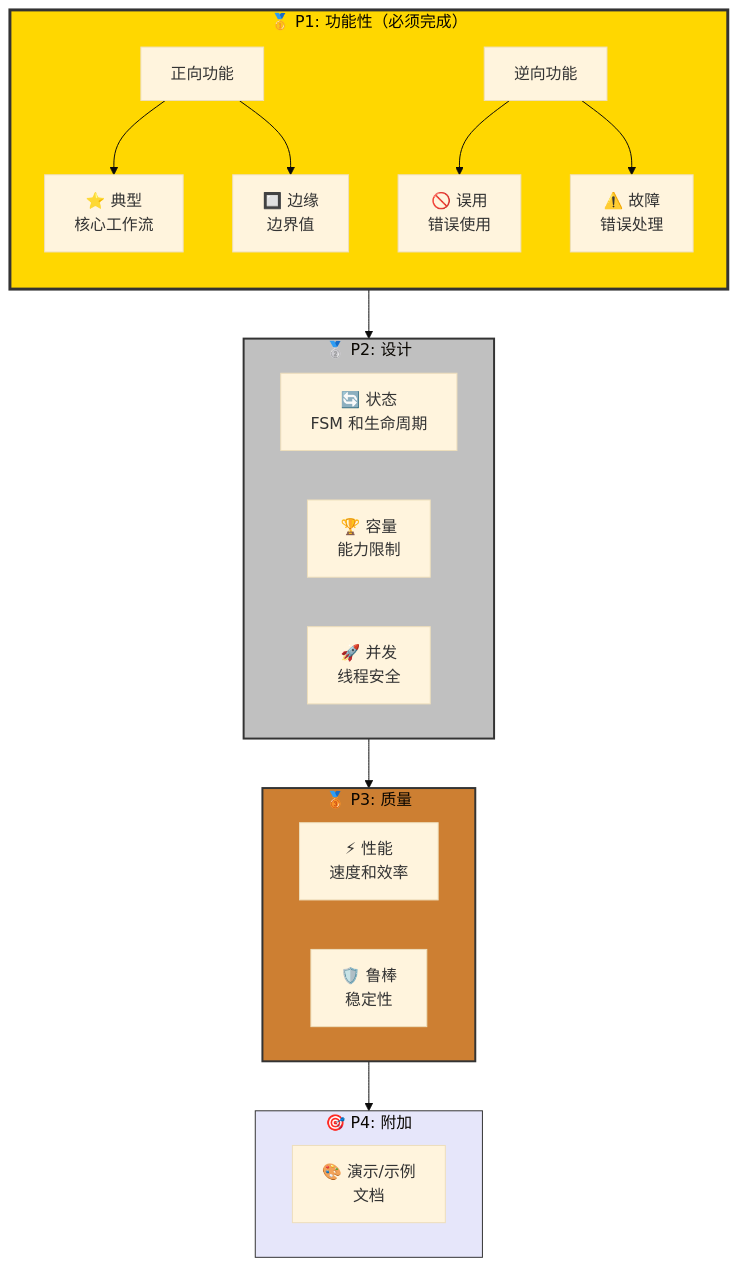
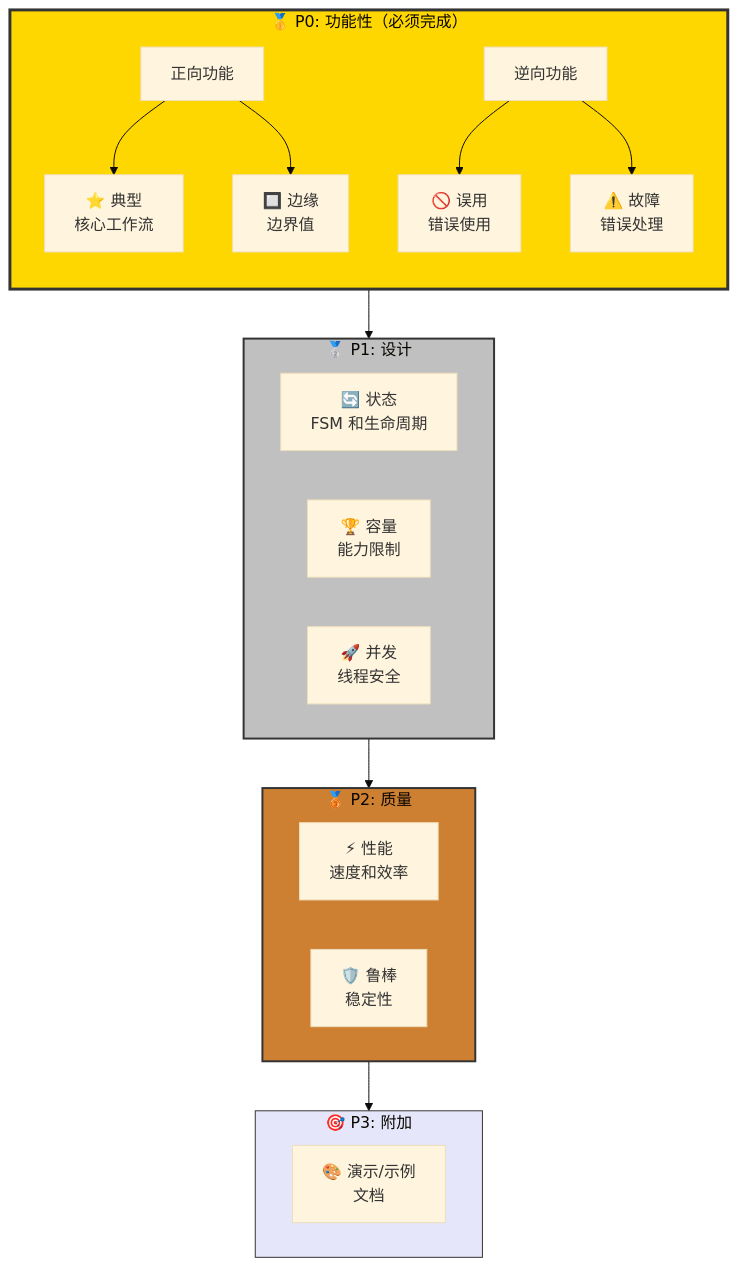
The third of 5 diagrams in methodPrompts/CaTDD-UserGuide-PPT-ZH_CN.md (EnigmaWU/MyCaTDD), drawn with Mermaid (base theme) before and after one commit. The commit also changed other lines of this file and 34 other files, not shown here.

````diff
--- a/methodPrompts/CaTDD-UserGuide-PPT-ZH_CN.md
+++ b/methodPrompts/CaTDD-UserGuide-PPT-ZH_CN.md
@@ -185,40 +185,40 @@
 ```mermaid
 graph TD
-    subgraph P1["🥇 P1: 功能性（必须完成）"]
+    subgraph P0["🥇 P0: 功能性（必须完成）"]
         direction TB
         ValidFunc[正向功能]
         InvalidFunc[逆向功能]
         Typical[⭐ 典型<br/>核心工作流]
         Edge[🔲 边缘<br/>边界值]
         Misuse[🚫 误用<br/>错误使用]
         Fault[⚠️ 故障<br/>错误处理]
         ValidFunc --> Typical
         ValidFunc --> Edge
         InvalidFunc --> Misuse
         InvalidFunc --> Fault
     end
     
-    subgraph P2["🥈 P2: 设计"]
+    subgraph P1["🥈 P1: 设计"]
         State[🔄 状态<br/>FSM 和生命周期]
         Capability[🏆 容量<br/>能力限制]
         Concurrency[🚀 并发<br/>线程安全]
     end
     
-    subgraph P3["🥉 P3: 质量"]
+    subgraph P2["🥉 P2: 质量"]
         Performance[⚡ 性能<br/>速度和效率]
         Robust[🛡️ 鲁棒<br/>稳定性]
     end
     
-    subgraph P4["🎯 P4: 附加"]
+    subgraph P3["🎯 P3: 附加"]
         Demo[🎨 演示/示例<br/>文档]
     end
     
+    P0 --> P1
     P1 --> P2
     P2 --> P3
-    P3 --> P4
     
-    style P1 fill:#ffd700,stroke:#333,stroke-width:3px
-    style P2 fill:#c0c0c0,stroke:#333,stroke-width:2px
-    style P3 fill:#cd7f32,stroke:#333,stroke-width:2px
-    style P4 fill:#e6e6fa,stroke:#333,stroke-width:1px
+    style P0 fill:#ffd700,stroke:#333,stroke-width:3px
+    style P1 fill:#c0c0c0,stroke:#333,stroke-width:2px
+    style P2 fill:#cd7f32,stroke:#333,stroke-width:2px
+    style P3 fill:#e6e6fa,stroke:#333,stroke-width:1px
 ```
````
